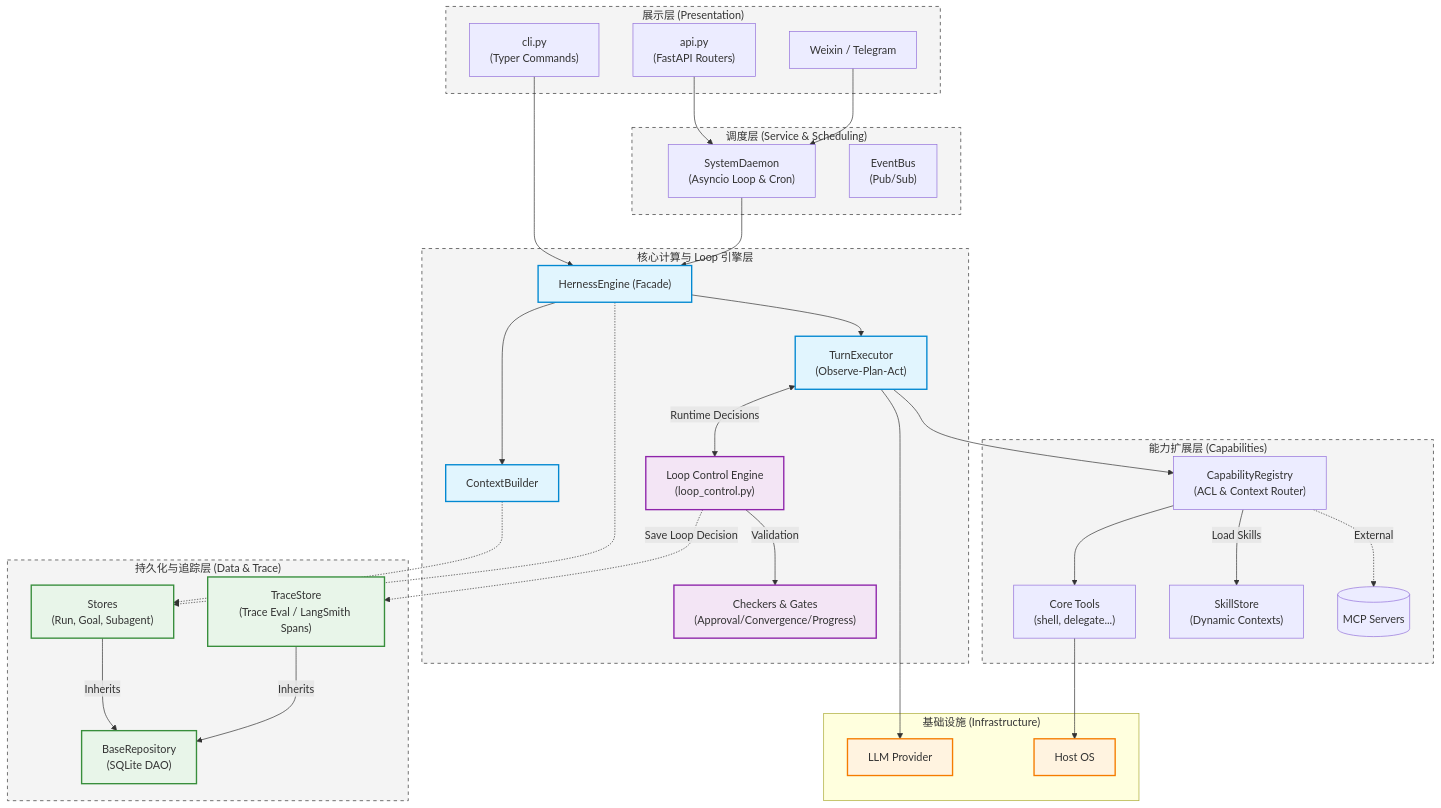
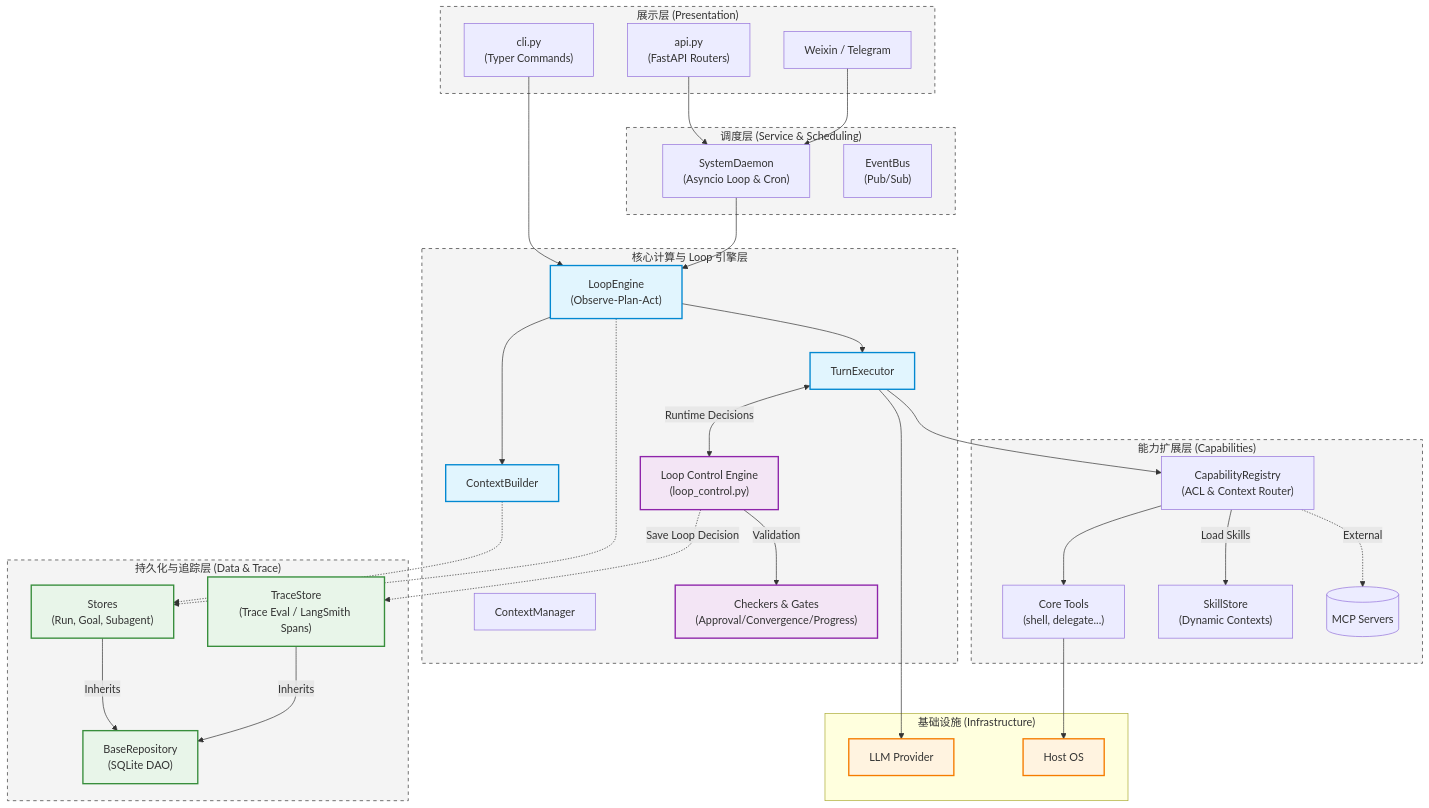
The diagram in docs/architecture.md (ifnodoraemon/navi), drawn with Mermaid before and after one commit. The commit also changed other lines of this file and 27 other files, not shown here.

First line of the commit message:
Refactor: complete architectural cleanup of LoopEngine and resolve Doom-loop

````diff
--- a/docs/architecture.md
+++ b/docs/architecture.md
@@ -39,82 +38,81 @@
 ```mermaid
 graph TD
     %% 样式定义
     classDef layerFill fill:#f4f4f4,stroke:#333,stroke-width:1px,stroke-dasharray: 5 5;
     classDef core fill:#e1f5fe,stroke:#0288d1,stroke-width:2px;
     classDef loop_layer fill:#f3e5f5,stroke:#8e24aa,stroke-width:2px;
     classDef db fill:#e8f5e9,stroke:#388e3c,stroke-width:2px;
     classDef ext fill:#fff3e0,stroke:#f57c00,stroke-width:2px;
 
     subgraph Presentation ["展示层 (Presentation)"]
         API["api.py\n(FastAPI Routers)"]
         CLI["cli.py\n(Typer Commands)"]
         Connectors["Weixin / Telegram"]
     end
     class Presentation layerFill
 
     subgraph Service ["调度层 (Service & Scheduling)"]
         Daemon["SystemDaemon\n(Asyncio Loop & Cron)"]
         EventBus["EventBus\n(Pub/Sub)"]
     end
     class Service layerFill
 
     subgraph CoreEngine ["核心计算与 Loop 引擎层"]
-        Engine["HernessEngine (Facade)"]
-        ContextBuilder["ContextBuilder"]
-        TurnExecutor["TurnExecutor\n(Observe-Plan-Act)"]
+        Engine["LoopEngine\n(Observe-Plan-Act)"]
+        ContextManager["ContextManager"]
         
         %% Loop Engineering 核心组件
         LoopControl["Loop Control Engine\n(loop_control.py)"]
         Gates["Checkers & Gates\n(Approval/Convergence/Progress)"]
         
         Engine --> ContextBuilder
         Engine --> TurnExecutor
         TurnExecutor <-->|Runtime Decisions| LoopControl
         LoopControl -->|Validation| Gates
     end
     class Engine,ContextBuilder,TurnExecutor core
     class LoopControl,Gates loop_layer
     class CoreEngine layerFill
 
     subgraph Capabilities ["能力扩展层 (Capabilities)"]
         Registry["CapabilityRegistry\n(ACL & Context Router)"]
         Tools["Core Tools\n(shell, delegate...)"]
         Skills["SkillStore\n(Dynamic Contexts)"]
         
         Registry --> Tools
         Registry -->|Load Skills| Skills
         Registry -.->|External| MCP[("MCP Servers")]
     end
     class Capabilities layerFill
 
     subgraph Persistence ["持久化与追踪层 (Data & Trace)"]
         BaseRepo["BaseRepository\n(SQLite DAO)"]
         Stores["Stores\n(Run, Goal, Subagent)"]
         TraceStore["TraceStore\n(Trace Eval / LangSmith Spans)"]
         
         Stores -- Inherits --> BaseRepo
         TraceStore -- Inherits --> BaseRepo
     end
     class BaseRepo,Stores,TraceStore db
     class Persistence layerFill
 
     subgraph Infra ["基础设施 (Infrastructure)"]
         LLM["LLM Provider"]
         OS["Host OS"]
     end
     class LLM,OS ext
 
     %% 跨层调用关系
     API --> Daemon
     CLI --> Engine
     Connectors --> Daemon
     Daemon --> Engine
 
     ContextBuilder -.-> Stores
     TurnExecutor --> LLM
     TurnExecutor --> Registry
     Tools --> OS
     
     LoopControl -.->|Save Loop Decision| TraceStore
     Engine -.-> Stores
 ```
````
